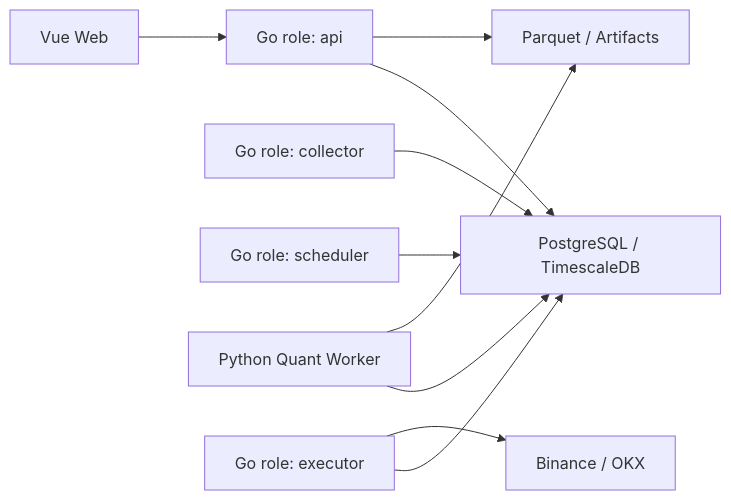
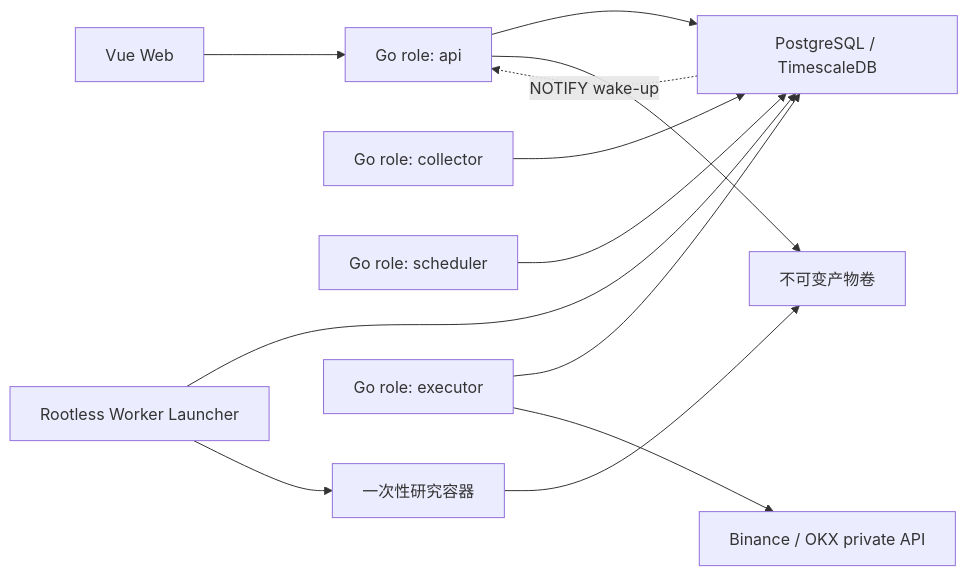
Before and after one commit to CoderLTS/coinsphere-go: the diagram in docs/architecture/overview.md, drawn with Mermaid. The commit also changed other lines of this file and 18 other files, not shown here.

````diff
--- a/docs/architecture/overview.md
+++ b/docs/architecture/overview.md
@@ -23,12 +21,14 @@
 ```mermaid
 flowchart LR
     UI["Vue Web"] --> API["Go role: api"]
     API --> DB["PostgreSQL / TimescaleDB"]
     COL["Go role: collector"] --> DB
     SCH["Go role: scheduler"] --> DB
-    WRK["Python Quant Worker"] --> DB
-    WRK --> DATA["Parquet / Artifacts"]
+    DB -. "NOTIFY wake-up" .-> API
+    WRK["Rootless Worker Launcher"] --> DB
+    WRK --> JOB["一次性研究容器"]
+    JOB --> DATA["不可变产物卷"]
+    API --> DATA
     EXE["Go role: executor"] --> DB
-    EXE --> VENUE["Binance / OKX"]
-    API --> DATA
+    EXE --> VENUE["Binance / OKX private API"]
 ```
````
